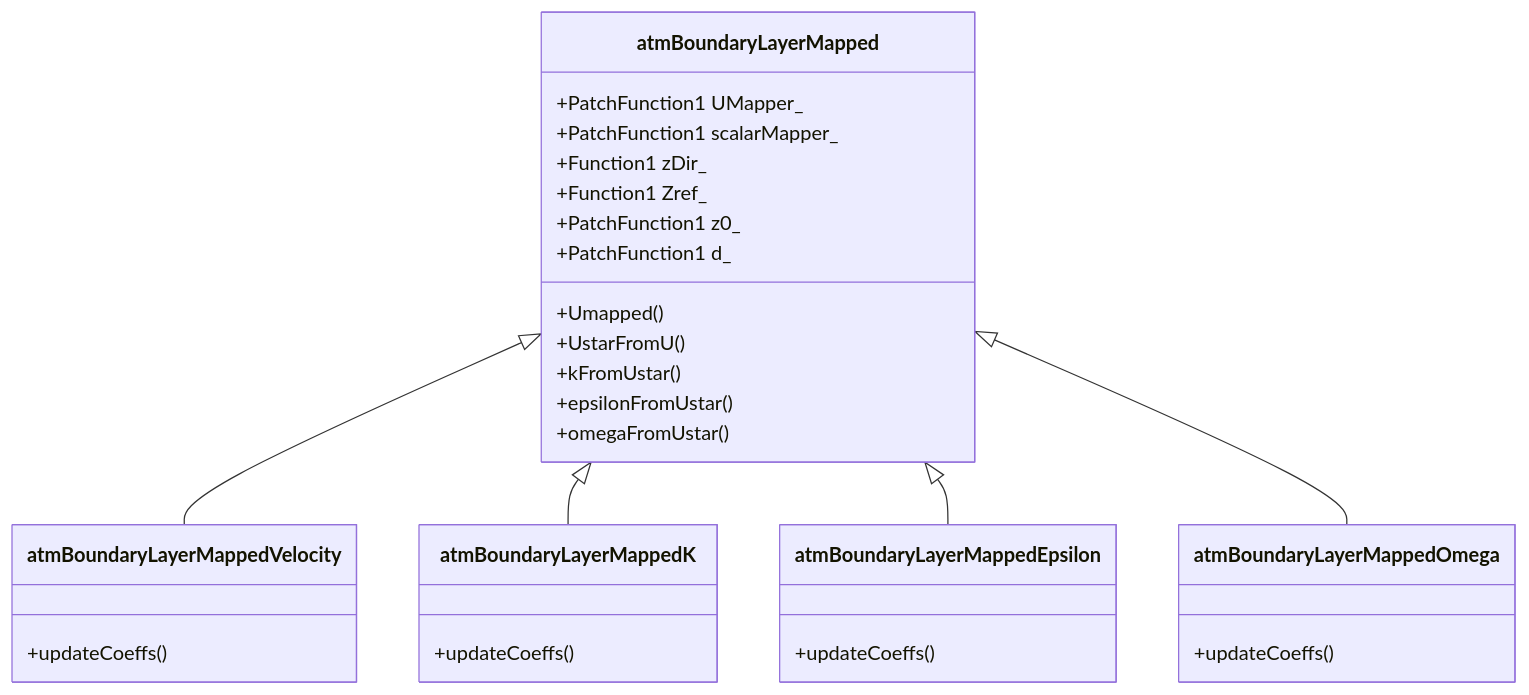
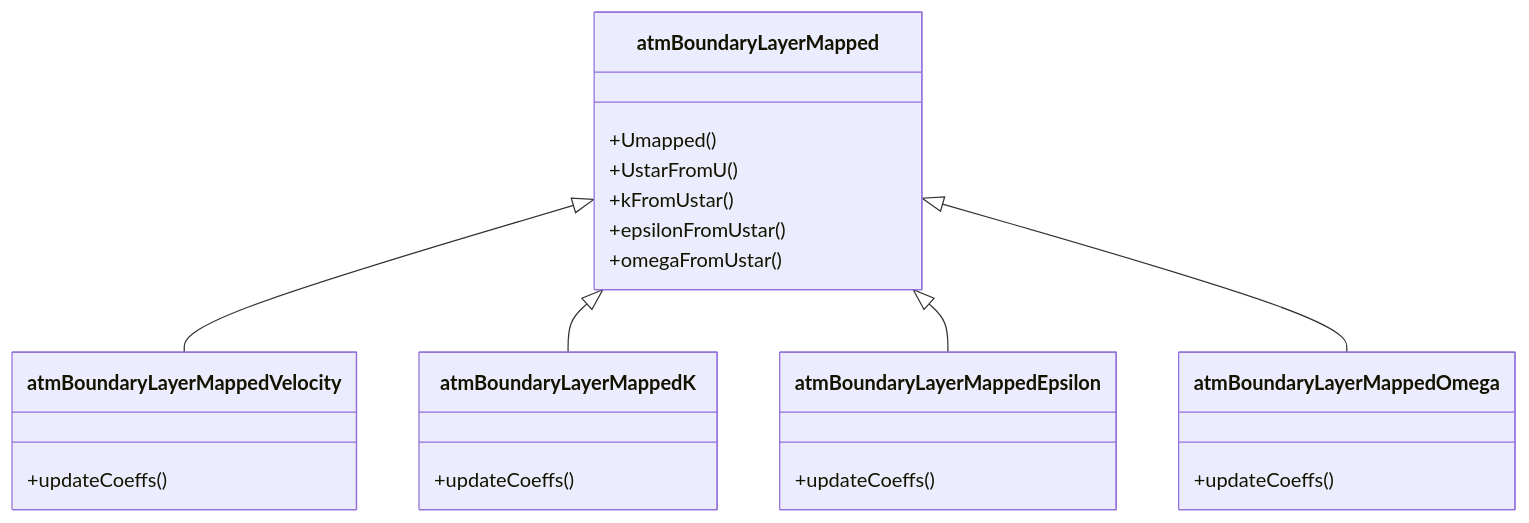
Before and after one commit to runinchaos/atmBoundaryLayerMapped: the second of 2 diagrams in README.md, drawn with Mermaid. The commit also changed other lines of this file, not shown here.

````diff
--- a/README.md
+++ b/README.md
@@ -168,37 +198,26 @@
 ```mermaid
 classDiagram
     class atmBoundaryLayerMapped {
-        +PatchFunction1 UMapper_
-        +PatchFunction1 scalarMapper_
-        +Function1 zDir_
-        +Function1 Zref_
-        +PatchFunction1 z0_
-        +PatchFunction1 d_
         +Umapped()
         +UstarFromU()
         +kFromUstar()
         +epsilonFromUstar()
         +omegaFromUstar()
     }
-    
     class atmBoundaryLayerMappedVelocity {
         +updateCoeffs()
     }
-    
     class atmBoundaryLayerMappedK {
         +updateCoeffs()
     }
-    
     class atmBoundaryLayerMappedEpsilon {
         +updateCoeffs()
     }
-    
     class atmBoundaryLayerMappedOmega {
         +updateCoeffs()
     }
-    
     atmBoundaryLayerMapped <|-- atmBoundaryLayerMappedVelocity
     atmBoundaryLayerMapped <|-- atmBoundaryLayerMappedK
     atmBoundaryLayerMapped <|-- atmBoundaryLayerMappedEpsilon
     atmBoundaryLayerMapped <|-- atmBoundaryLayerMappedOmega
 ```
````
